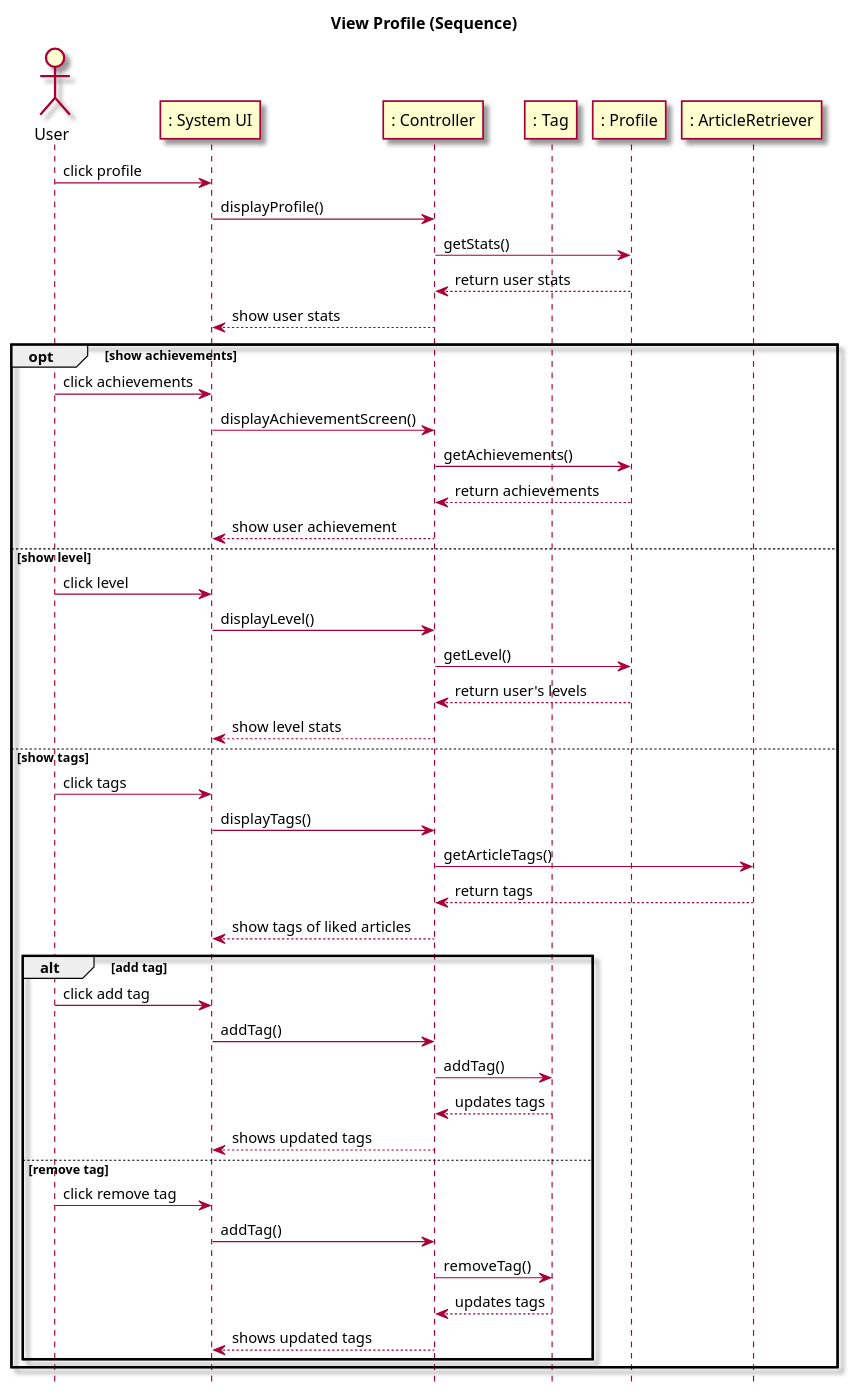
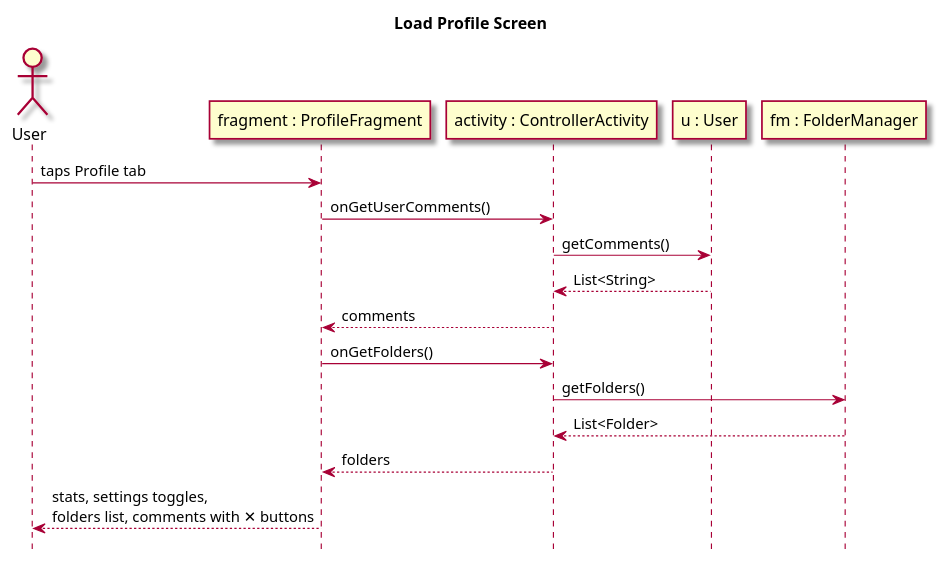
Before and after one commit to owhitleym-ui/EcoScoop: the second of 3 diagrams in intellij/doc/use-cases/view-profile.md, drawn with PlantUML. The commit also changed other lines of this file and 12 other files, not shown here.

Commit message:
Updated documentation, class diagram, use cases, and readme

````diff
--- a/intellij/doc/use-cases/view-profile.md
+++ b/intellij/doc/use-cases/view-profile.md
@@ -77,59 +64,27 @@
 ```plantuml
 @startuml
 skin rose
 hide footbox
-title View Profile (Sequence)
+title Load Profile Screen
 
-actor User
-participant ": System UI" as UI
-participant ": Controller" as Controller
-participant ": Tag" as Tag
-participant ": Profile" as Profile
-participant ": ArticleRetriever" as Retriever
+actor User as user
+participant "fragment : ProfileFragment" as UI
+participant "activity : ControllerActivity" as controller
+participant "u : User" as userModel
+participant "fm : FolderManager" as FM
 
-User -> UI : click profile
-UI -> Controller : displayProfile()
-Controller -> Profile : getStats()
-Profile --> Controller : return user stats
-Controller --> UI : show user stats
+user -> UI : taps Profile tab
+UI -> controller : onGetUserComments()
+controller -> userModel : getComments()
+userModel --> controller : List<String>
+controller --> UI : comments
 
-opt show achievements
-User -> UI : click achievements
-UI -> Controller : displayAchievementScreen()
-Controller -> Profile : getAchievements()
-Profile --> Controller : return achievements
-Controller --> UI : show user achievement
+UI -> controller : onGetFolders()
+controller -> FM : getFolders()
+FM --> controller : List<Folder>
+controller --> UI : folders
 
-else show level
-User -> UI : click level
-UI -> Controller : displayLevel()
-Controller -> Profile : getLevel()
-Profile --> Controller : return user's levels
-Controller --> UI : show level stats
+UI --> user : stats, settings toggles,\nfolders list, comments with ✕ buttons
 
-else show tags
-User -> UI : click tags
-UI -> Controller : displayTags()
-Controller -> Retriever : getArticleTags()
-Retriever --> Controller : return tags
-Controller --> UI : show tags of liked articles
-
-alt add tag
-User -> UI : click add tag
-UI -> Controller : addTag()
-Controller -> Tag : addTag()
-Tag --> Controller : updates tags
-Controller --> UI : shows updated tags
-
-else remove tag
-User -> UI : click remove tag
-UI -> Controller : addTag()
-Controller -> Tag : removeTag()
-Tag --> Controller : updates tags
-Controller --> UI : shows updated tags
-end alt
-
-
-end opt
 @enduml
 ```
````
